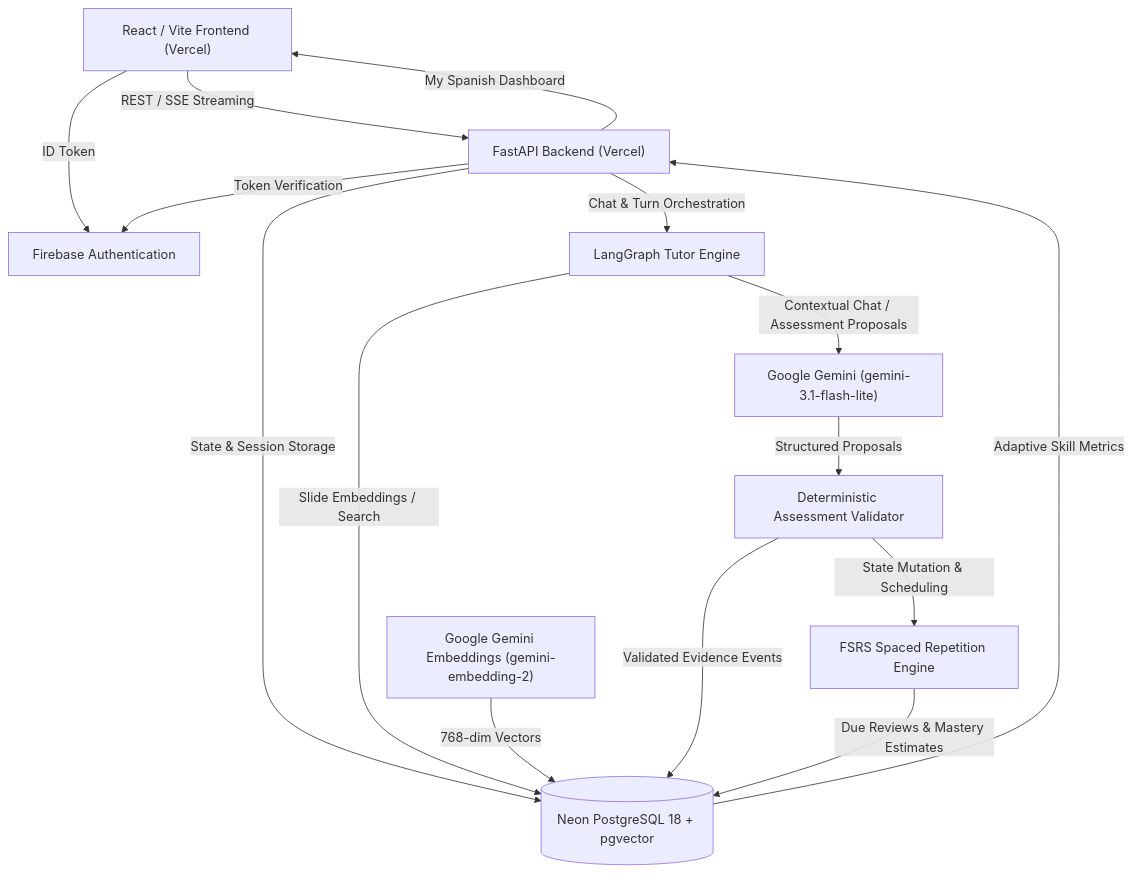
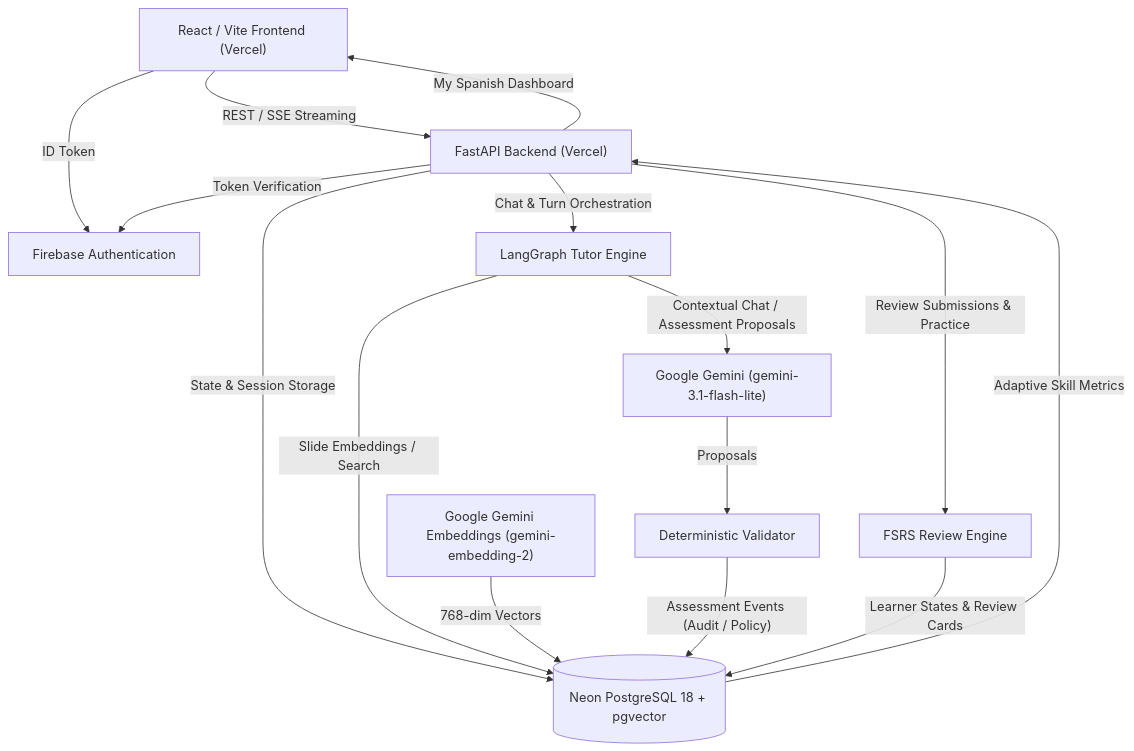
The diagram in README.md (farazkhan-05/SpanishAmigo-Adaptive-AI-Spanish-Tutor), drawn with Mermaid before and after one commit. The commit also changed other lines of this file, not shown here.

Commit message:
docs: correct adaptive learning flow

````diff
--- a/README.md
+++ b/README.md
@@ -16,27 +16,27 @@
 ```mermaid
 flowchart TD
     Client["React / Vite Frontend (Vercel)"]
     Auth["Firebase Authentication"]
     API["FastAPI Backend (Vercel)"]
     DB[("Neon PostgreSQL 18 + pgvector")]
     Orch["LangGraph Tutor Engine"]
     LLM["Google Gemini (gemini-3.1-flash-lite)"]
     Embed["Google Gemini Embeddings (gemini-embedding-2)"]
-    Validator["Deterministic Assessment Validator"]
-    FSRS["FSRS Spaced Repetition Engine"]
+    Validator["Deterministic Validator"]
+    FSRS["FSRS Review Engine"]
 
     Client -->|"ID Token"| Auth
     Client -->|"REST / SSE Streaming"| API
     API -->|"Token Verification"| Auth
     API -->|"State & Session Storage"| DB
     API -->|"Chat & Turn Orchestration"| Orch
     Orch -->|"Slide Embeddings / Search"| DB
     Orch -->|"Contextual Chat / Assessment Proposals"| LLM
     Embed -->|"768-dim Vectors"| DB
-    LLM -->|"Structured Proposals"| Validator
-    Validator -->|"Validated Evidence Events"| DB
-    Validator -->|"State Mutation & Scheduling"| FSRS
-    FSRS -->|"Due Reviews & Mastery Estimates"| DB
+    LLM -->|"Proposals"| Validator
+    Validator -->|"Assessment Events (Audit / Policy)"| DB
+    API -->|"Review Submissions & Practice"| FSRS
+    FSRS -->|"Learner States & Review Cards"| DB
     DB -->|"Adaptive Skill Metrics"| API
     API -->|"My Spanish Dashboard"| Client
 ```
````
